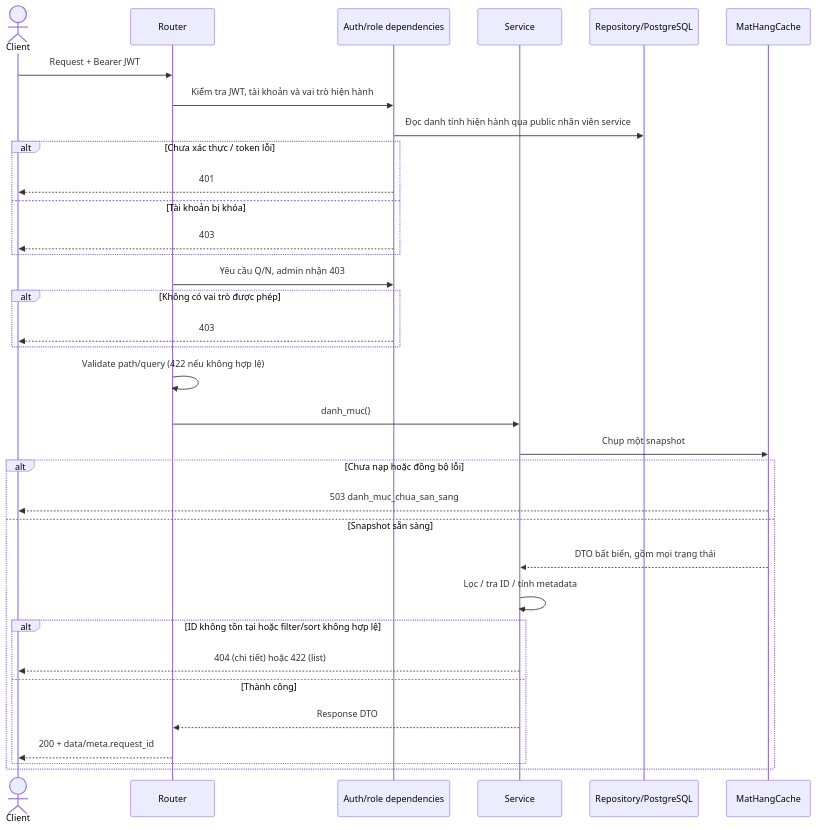
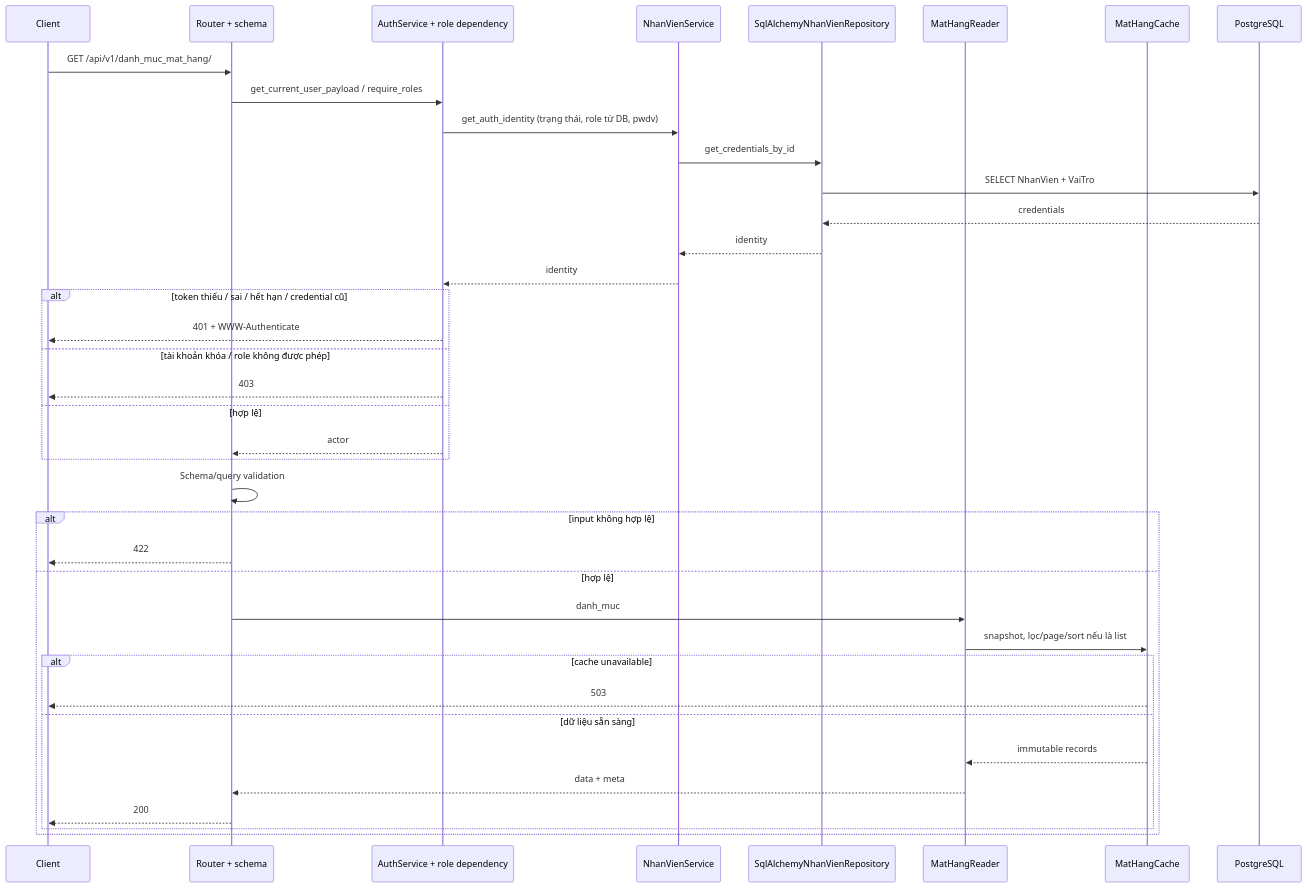
Before and after one commit to thanhklt/xbike-mrp-system: the first of 6 diagrams in docs/sequence/mat_hang.md, drawn with Mermaid. The commit also changed other lines of this file and 41 other files, not shown here.

````diff
--- a/docs/sequence/mat_hang.md
+++ b/docs/sequence/mat_hang.md
@@ -13,36 +13,40 @@
 ```mermaid
 sequenceDiagram
-actor C as Client
-    participant R as Router
-    participant A as Auth/role dependencies
-    participant S as Service
-    participant D as Repository/PostgreSQL
-    C->>R: Request + Bearer JWT
-    R->>A: Kiểm tra JWT, tài khoản và vai trò hiện hành
-    A->>D: Đọc danh tính hiện hành qua public nhân viên service
-    alt Chưa xác thực / token lỗi
-        A-->>C: 401
-    else Tài khoản bị khóa
+    participant C as Client
+    participant R as Router + schema
+    participant A as AuthService + role dependency
+    participant N as NhanVienService
+    participant NR as SqlAlchemyNhanVienRepository
+    participant S as MatHangReader
+    participant K as MatHangCache
+    participant DB as PostgreSQL
+    C->>R: GET /api/v1/danh_muc_mat_hang/
+    R->>A: get_current_user_payload / require_roles
+    A->>N: get_auth_identity (trạng thái, role từ DB, pwdv)
+    N->>NR: get_credentials_by_id
+    NR->>DB: SELECT NhanVien + VaiTro
+    DB-->>NR: credentials
+    NR-->>N: identity
+    N-->>A: identity
+    alt token thiếu / sai / hết hạn / credential cũ
+        A-->>C: 401 + WWW-Authenticate
+    else tài khoản khóa / role không được phép
         A-->>C: 403
+    else hợp lệ
+        A-->>R: actor
     end
-    R->>A: Yêu cầu Q/N, admin nhận 403
-    alt Không có vai trò được phép
-        A-->>C: 403
-    end
-    R->>R: Validate path/query (422 nếu không hợp lệ)
-    R->>S: danh_muc()
-    participant K as MatHangCache
-    S->>K: Chụp một snapshot
-    alt Chưa nạp hoặc đồng bộ lỗi
-        K-->>C: 503 danh_muc_chua_san_sang
-    else Snapshot sẵn sàng
-        K-->>S: DTO bất biến, gồm mọi trạng thái
-        S->>S: Lọc / tra ID / tính metadata
-        alt ID không tồn tại hoặc filter/sort không hợp lệ
-            S-->>C: 404 (chi tiết) hoặc 422 (list)
-        else Thành công
-            S-->>R: Response DTO
-            R-->>C: 200 + data/meta.request_id
+    R->>R: Schema/query validation
+    alt input không hợp lệ
+        R-->>C: 422
+    else hợp lệ
+        R->>S: danh_muc
+        S->>K: snapshot, lọc/page/sort nếu là list
+        alt cache unavailable
+            K-->>C: 503
+        else dữ liệu sẵn sàng
+            K-->>S: immutable records
+            S-->>R: data + meta
+            R-->>C: 200
         end
     end
 ```
````
